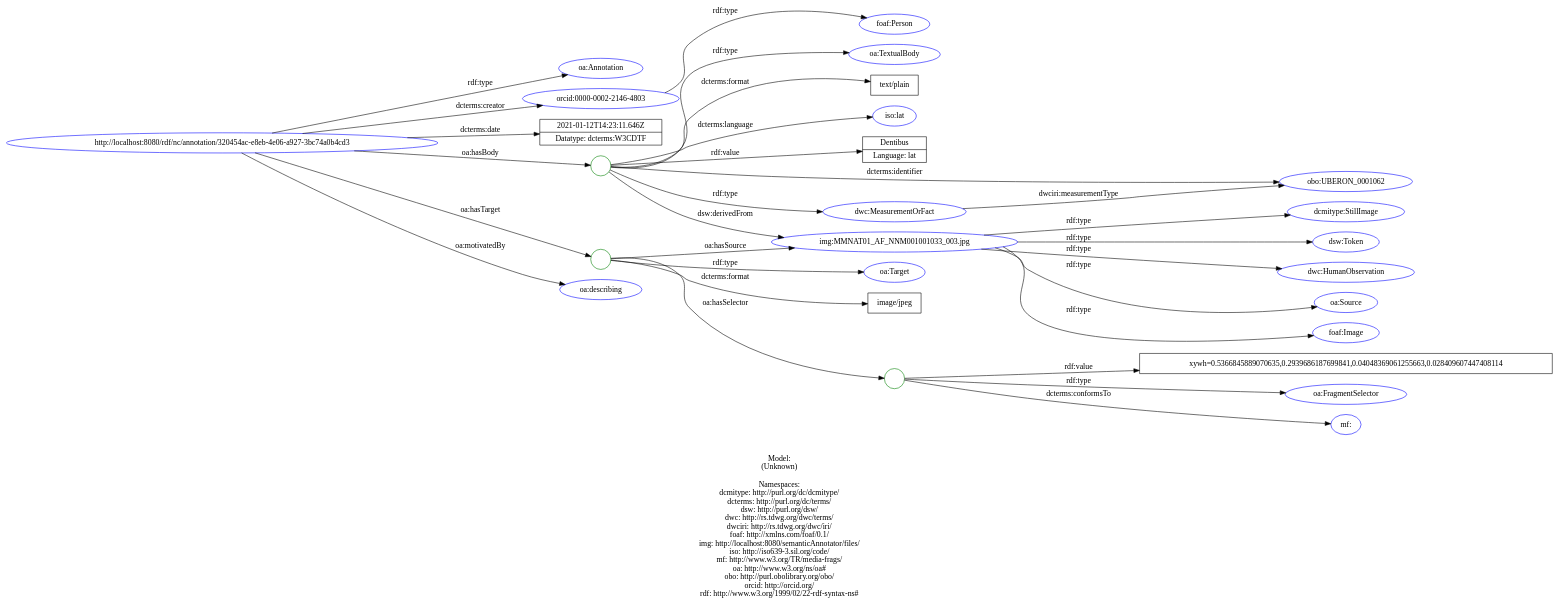
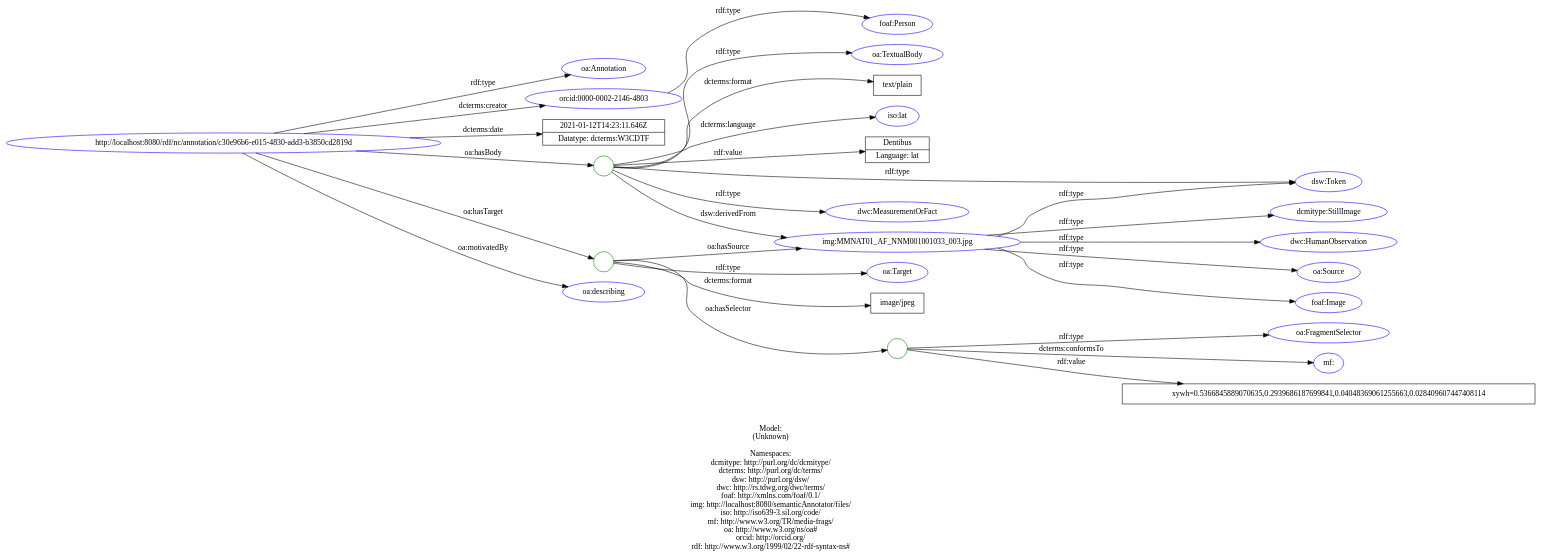
One commit to lisestork/SFB-Annotator changed the diagram in doc/models/example_6_1.dot. Above: the diagram before and after it, drawn with Graphviz. The commit also changed 12 other files, not shown here.

Commit message:
Update data models: example [4-6]_1 #81. - add dsw:Token to Bnode

```diff
--- a/doc/models/example_6_1.dot
+++ b/doc/models/example_6_1.dot
@@ -1,66 +1,64 @@
 digraph {
 	rankdir = LR;
 	charset="utf-8";
 
-	"Rhttp://localhost:8080/rdf/nc/annotation/320454ac-e8eb-4e06-a927-3bc74a0b4cd3" -> "Roa:Annotation" [ label="rdf:type" ];
-	"Rhttp://localhost:8080/rdf/nc/annotation/320454ac-e8eb-4e06-a927-3bc74a0b4cd3" -> "Rorcid:0000-0002-2146-4803" [ label="dcterms:creator" ];
-	"Rhttp://localhost:8080/rdf/nc/annotation/320454ac-e8eb-4e06-a927-3bc74a0b4cd3" -> "L2021-01-12T14:23:11.646Z|Datatype: dcterms:W3CDTF" [ label="dcterms:date" ];
-	"Rhttp://localhost:8080/rdf/nc/annotation/320454ac-e8eb-4e06-a927-3bc74a0b4cd3" -> "B_:node1euqlam8lx287" [ label="oa:hasBody" ];
-	"B_:node1euqlam8lx287" -> "Rdwc:MeasurementOrFact" [ label="rdf:type" ];
-	"B_:node1euqlam8lx287" -> "Roa:TextualBody" [ label="rdf:type" ];
-	"B_:node1euqlam8lx287" -> "Ltext/plain" [ label="dcterms:format" ];
-	"B_:node1euqlam8lx287" -> "Robo:UBERON_0001062" [ label="dcterms:identifier" ];
-	"B_:node1euqlam8lx287" -> "Riso:lat" [ label="dcterms:language" ];
-	"B_:node1euqlam8lx287" -> "Rimg:MMNAT01_AF_NNM001001033_003.jpg" [ label="dsw:derivedFrom" ];
-	"B_:node1euqlam8lx287" -> "LDentibus|Language: lat" [ label="rdf:value" ];
-	"Rhttp://localhost:8080/rdf/nc/annotation/320454ac-e8eb-4e06-a927-3bc74a0b4cd3" -> "B_:node1euqlam8lx286" [ label="oa:hasTarget" ];
-	"B_:node1euqlam8lx286" -> "Roa:Target" [ label="rdf:type" ];
-	"B_:node1euqlam8lx286" -> "Limage/jpeg" [ label="dcterms:format" ];
-	"B_:node1euqlam8lx286" -> "B_:node1euqlam8lx289" [ label="oa:hasSelector" ];
-	"B_:node1euqlam8lx289" -> "Roa:FragmentSelector" [ label="rdf:type" ];
-	"B_:node1euqlam8lx289" -> "Rmf:" [ label="dcterms:conformsTo" ];
-	"B_:node1euqlam8lx289" -> "Lxywh=0.5366845889070635,0.2939686187699841,0.04048369061255663,0.028409607447408114" [ label="rdf:value" ];
-	"B_:node1euqlam8lx286" -> "Rimg:MMNAT01_AF_NNM001001033_003.jpg" [ label="oa:hasSource" ];
-	"Rhttp://localhost:8080/rdf/nc/annotation/320454ac-e8eb-4e06-a927-3bc74a0b4cd3" -> "Roa:describing" [ label="oa:motivatedBy" ];
+	"Rhttp://localhost:8080/rdf/nc/annotation/c30e96b6-e015-4830-add3-b3850cd2819d" -> "Roa:Annotation" [ label="rdf:type" ];
+	"Rhttp://localhost:8080/rdf/nc/annotation/c30e96b6-e015-4830-add3-b3850cd2819d" -> "Rorcid:0000-0002-2146-4803" [ label="dcterms:creator" ];
+	"Rhttp://localhost:8080/rdf/nc/annotation/c30e96b6-e015-4830-add3-b3850cd2819d" -> "L2021-01-12T14:23:11.646Z|Datatype: dcterms:W3CDTF" [ label="dcterms:date" ];
+	"Rhttp://localhost:8080/rdf/nc/annotation/c30e96b6-e015-4830-add3-b3850cd2819d" -> "B_:node1evfesn2mx16" [ label="oa:hasBody" ];
+	"B_:node1evfesn2mx16" -> "Rdsw:Token" [ label="rdf:type" ];
+	"B_:node1evfesn2mx16" -> "Rdwc:MeasurementOrFact" [ label="rdf:type" ];
+	"B_:node1evfesn2mx16" -> "Roa:TextualBody" [ label="rdf:type" ];
+	"B_:node1evfesn2mx16" -> "Ltext/plain" [ label="dcterms:format" ];
+	"B_:node1evfesn2mx16" -> "Riso:lat" [ label="dcterms:language" ];
+	"B_:node1evfesn2mx16" -> "Rimg:MMNAT01_AF_NNM001001033_003.jpg" [ label="dsw:derivedFrom" ];
+	"B_:node1evfesn2mx16" -> "LDentibus|Language: lat" [ label="rdf:value" ];
+	"Rhttp://localhost:8080/rdf/nc/annotation/c30e96b6-e015-4830-add3-b3850cd2819d" -> "B_:node1evfesn2mx15" [ label="oa:hasTarget" ];
+	"B_:node1evfesn2mx15" -> "Roa:Target" [ label="rdf:type" ];
+	"B_:node1evfesn2mx15" -> "Limage/jpeg" [ label="dcterms:format" ];
+	"B_:node1evfesn2mx15" -> "B_:node1evfesn2mx18" [ label="oa:hasSelector" ];
+	"B_:node1evfesn2mx18" -> "Roa:FragmentSelector" [ label="rdf:type" ];
+	"B_:node1evfesn2mx18" -> "Rmf:" [ label="dcterms:conformsTo" ];
+	"B_:node1evfesn2mx18" -> "Lxywh=0.5366845889070635,0.2939686187699841,0.04048369061255663,0.028409607447408114" [ label="rdf:value" ];
+	"B_:node1evfesn2mx15" -> "Rimg:MMNAT01_AF_NNM001001033_003.jpg" [ label="oa:hasSource" ];
+	"Rhttp://localhost:8080/rdf/nc/annotation/c30e96b6-e015-4830-add3-b3850cd2819d" -> "Roa:describing" [ label="oa:motivatedBy" ];
 	"Rorcid:0000-0002-2146-4803" -> "Rfoaf:Person" [ label="rdf:type" ];
 	"Rimg:MMNAT01_AF_NNM001001033_003.jpg" -> "Rdcmitype:StillImage" [ label="rdf:type" ];
 	"Rimg:MMNAT01_AF_NNM001001033_003.jpg" -> "Rdsw:Token" [ label="rdf:type" ];
 	"Rimg:MMNAT01_AF_NNM001001033_003.jpg" -> "Rdwc:HumanObservation" [ label="rdf:type" ];
 	"Rimg:MMNAT01_AF_NNM001001033_003.jpg" -> "Roa:Source" [ label="rdf:type" ];
 	"Rimg:MMNAT01_AF_NNM001001033_003.jpg" -> "Rfoaf:Image" [ label="rdf:type" ];
-	"Rdwc:MeasurementOrFact" -> "Robo:UBERON_0001062" [ label="dwciri:measurementType" ];
 
 	// Resources
-	"Rhttp://localhost:8080/rdf/nc/annotation/320454ac-e8eb-4e06-a927-3bc74a0b4cd3" [ label="http://localhost:8080/rdf/nc/annotation/320454ac-e8eb-4e06-a927-3bc74a0b4cd3", shape = ellipse, color = blue ];
+	"Rhttp://localhost:8080/rdf/nc/annotation/c30e96b6-e015-4830-add3-b3850cd2819d" [ label="http://localhost:8080/rdf/nc/annotation/c30e96b6-e015-4830-add3-b3850cd2819d", shape = ellipse, color = blue ];
 	"Roa:Annotation" [ label="oa:Annotation", shape = ellipse, color = blue ];
 	"Rorcid:0000-0002-2146-4803" [ label="orcid:0000-0002-2146-4803", shape = ellipse, color = blue ];
+	"Rdsw:Token" [ label="dsw:Token", shape = ellipse, color = blue ];
 	"Rdwc:MeasurementOrFact" [ label="dwc:MeasurementOrFact", shape = ellipse, color = blue ];
 	"Roa:TextualBody" [ label="oa:TextualBody", shape = ellipse, color = blue ];
-	"Robo:UBERON_0001062" [ label="obo:UBERON_0001062", shape = ellipse, color = blue ];
 	"Riso:lat" [ label="iso:lat", shape = ellipse, color = blue ];
 	"Rimg:MMNAT01_AF_NNM001001033_003.jpg" [ label="img:MMNAT01_AF_NNM001001033_003.jpg", shape = ellipse, color = blue ];
 	"Roa:Target" [ label="oa:Target", shape = ellipse, color = blue ];
 	"Roa:FragmentSelector" [ label="oa:FragmentSelector", shape = ellipse, color = blue ];
 	"Rmf:" [ label="mf:", shape = ellipse, color = blue ];
 	"Roa:describing" [ label="oa:describing", shape = ellipse, color = blue ];
 	"Rfoaf:Person" [ label="foaf:Person", shape = ellipse, color = blue ];
 	"Rdcmitype:StillImage" [ label="dcmitype:StillImage", shape = ellipse, color = blue ];
-	"Rdsw:Token" [ label="dsw:Token", shape = ellipse, color = blue ];
 	"Rdwc:HumanObservation" [ label="dwc:HumanObservation", shape = ellipse, color = blue ];
 	"Roa:Source" [ label="oa:Source", shape = ellipse, color = blue ];
 	"Rfoaf:Image" [ label="foaf:Image", shape = ellipse, color = blue ];
 
 	// Anonymous nodes
-	"B_:node1euqlam8lx287" [ label="", shape = circle, color = green ];
-	"B_:node1euqlam8lx286" [ label="", shape = circle, color = green ];
-	"B_:node1euqlam8lx289" [ label="", shape = circle, color = green ];
+	"B_:node1evfesn2mx16" [ label="", shape = circle, color = green ];
+	"B_:node1evfesn2mx15" [ label="", shape = circle, color = green ];
+	"B_:node1evfesn2mx18" [ label="", shape = circle, color = green ];
 
 	// Literals
 	"L2021-01-12T14:23:11.646Z|Datatype: dcterms:W3CDTF" [ label="2021-01-12T14:23:11.646Z|Datatype: dcterms:W3CDTF", shape = record ];
 	"Ltext/plain" [ label="text/plain", shape = record ];
 	"LDentibus|Language: lat" [ label="Dentibus|Language: lat", shape = record ];
 	"Limage/jpeg" [ label="image/jpeg", shape = record ];
 	"Lxywh=0.5366845889070635,0.2939686187699841,0.04048369061255663,0.028409607447408114" [ label="xywh=0.5366845889070635,0.2939686187699841,0.04048369061255663,0.028409607447408114", shape = record ];
 
-	label="\n\nModel:\n(Unknown)\n\nNamespaces:\ndcmitype: http://purl.org/dc/dcmitype/\ndcterms: http://purl.org/dc/terms/\ndsw: http://purl.org/dsw/\ndwc: http://rs.tdwg.org/dwc/terms/\ndwciri: http://rs.tdwg.org/dwc/iri/\nfoaf: http://xmlns.com/foaf/0.1/\nimg: http://localhost:8080/semanticAnnotator/files/\niso: http://iso639-3.sil.org/code/\nmf: http://www.w3.org/TR/media-frags/\noa: http://www.w3.org/ns/oa#\nobo: http://purl.obolibrary.org/obo/\norcid: http://orcid.org/\nrdf: http://www.w3.org/1999/02/22-rdf-syntax-ns#\n";
+	label="\n\nModel:\n(Unknown)\n\nNamespaces:\ndcmitype: http://purl.org/dc/dcmitype/\ndcterms: http://purl.org/dc/terms/\ndsw: http://purl.org/dsw/\ndwc: http://rs.tdwg.org/dwc/terms/\nfoaf: http://xmlns.com/foaf/0.1/\nimg: http://localhost:8080/semanticAnnotator/files/\niso: http://iso639-3.sil.org/code/\nmf: http://www.w3.org/TR/media-frags/\noa: http://www.w3.org/ns/oa#\norcid: http://orcid.org/\nrdf: http://www.w3.org/1999/02/22-rdf-syntax-ns#\n";
 }
```
